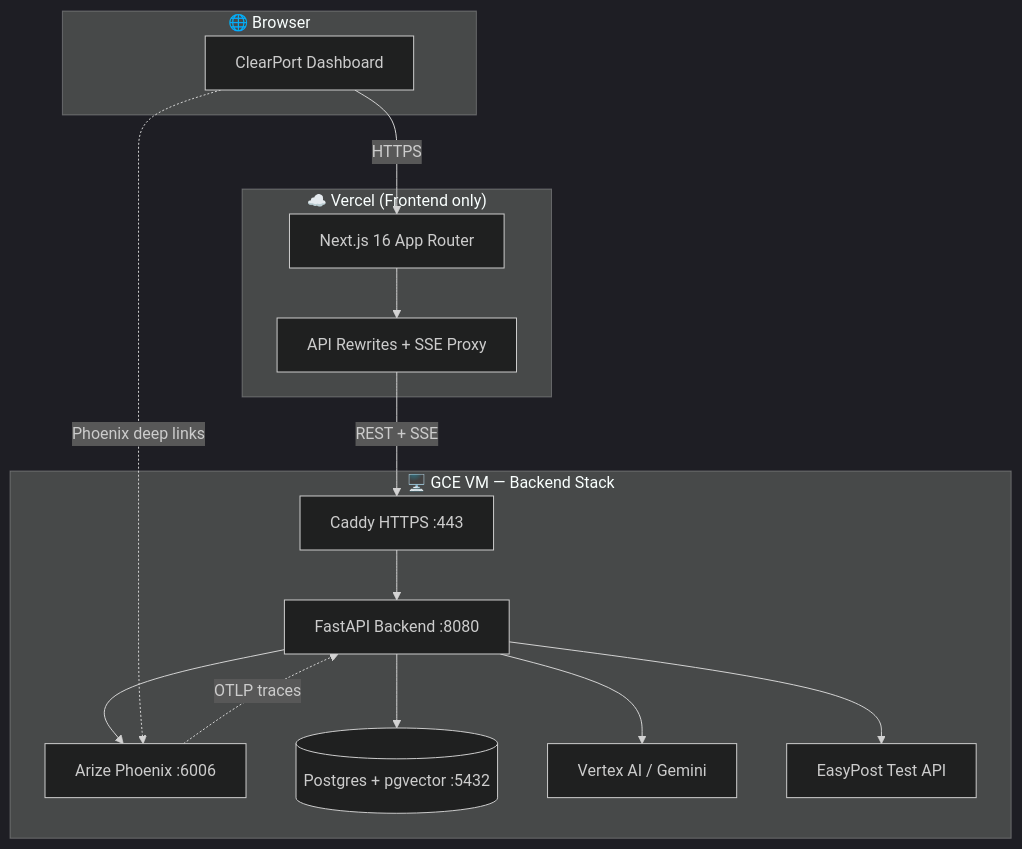
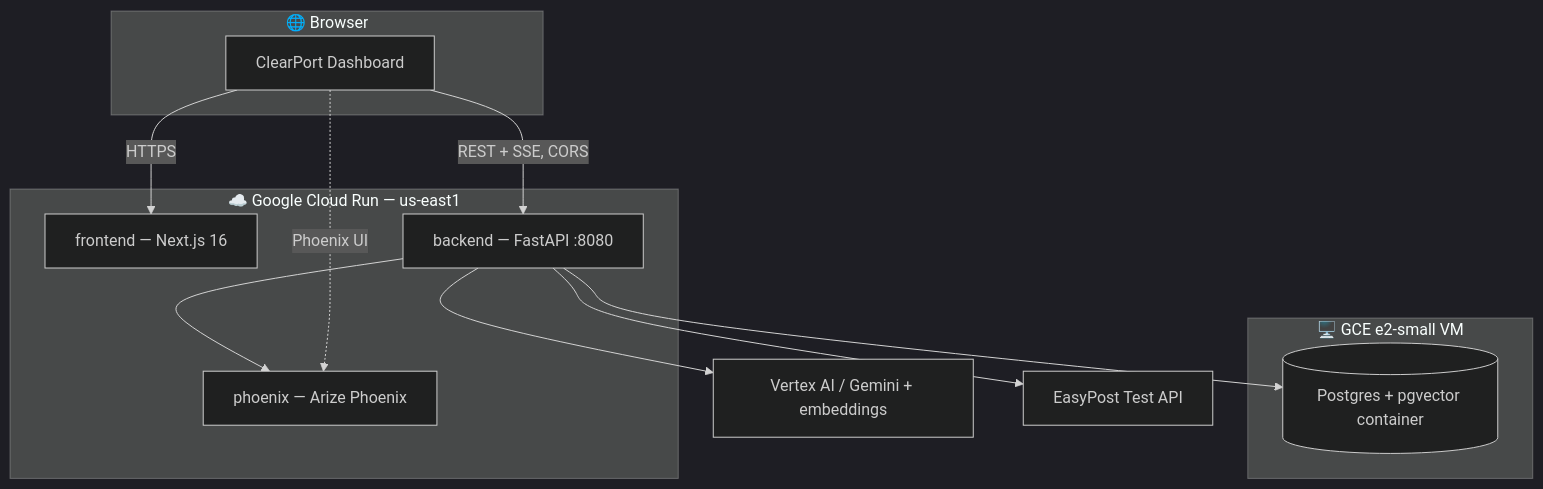
Before and after one commit to akshayavarshinee/mission-sundar-pichai: the first of 10 diagrams in docs/DEPLOYMENT.md, drawn with Mermaid (dark theme). The commit also changed other lines of this file and 7 other files, not shown here.

````diff
--- a/docs/DEPLOYMENT.md
+++ b/docs/DEPLOYMENT.md
@@ -33,32 +38,27 @@
 ```mermaid
 flowchart TB
     subgraph Browser["🌐 Browser"]
         UI[ClearPort Dashboard]
     end
 
-    subgraph Vercel["☁️ Vercel (Frontend only)"]
-        Next[Next.js 16 App Router]
-        Proxy[API Rewrites + SSE Proxy]
-        Next --> Proxy
+    subgraph CR["☁️ Google Cloud Run — us-east1"]
+        FE[frontend — Next.js 16]
+        API[backend — FastAPI :8080]
+        Phoenix[phoenix — Arize Phoenix]
     end
 
-    subgraph GCP["🖥️ GCE VM — Backend Stack"]
-        Caddy[Caddy HTTPS :443]
-        API[FastAPI Backend :8080]
-        Phoenix[Arize Phoenix :6006]
-        DB[(Postgres + pgvector :5432)]
-        Gemini[Vertex AI / Gemini]
-        EasyPost[EasyPost Test API]
-
-        Caddy --> API
-        API --> Phoenix
-        API --> DB
-        API --> Gemini
-        API --> EasyPost
-        Phoenix -. OTLP traces .-> API
+    subgraph VM["🖥️ GCE e2-small VM"]
+        DB[(Postgres + pgvector container)]
     end
 
-    UI -->|HTTPS| Next
-    Proxy -->|REST + SSE| Caddy
-    UI -. Phoenix deep links .-> Phoenix
+    Gemini[Vertex AI / Gemini + embeddings]
+    EasyPost[EasyPost Test API]
+
+    UI -->|HTTPS| FE
+    UI -->|REST + SSE, CORS| API
+    API --> Phoenix
+    API --> DB
+    API --> Gemini
+    API --> EasyPost
+    UI -. Phoenix UI .-> Phoenix
 ```
````
